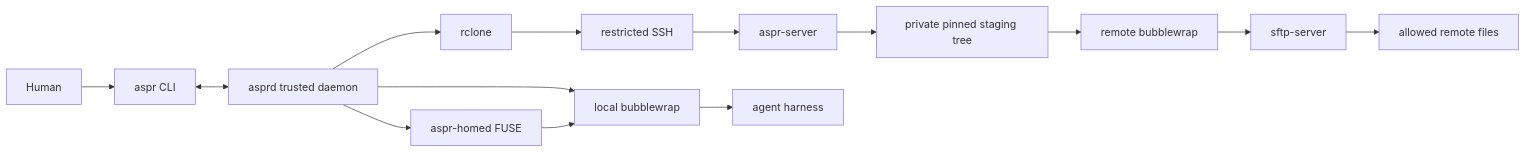
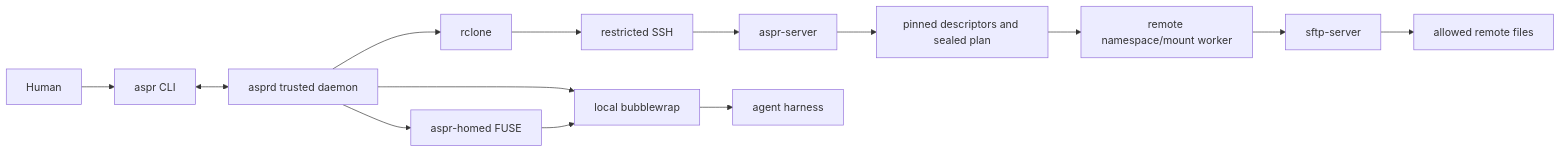
One commit to v7x/astral-project changed the first of 6 diagrams in docs/architecture/caveman/astral-project-architecture-caveman.md. Above: the diagram before and after it, drawn with Mermaid. The commit also changed other lines of this file and 10 other files, not shown here.

Commit message:
docs: reconcile Packet 15 architecture and support evidence

````diff
--- a/docs/architecture/caveman/astral-project-architecture-caveman.md
+++ b/docs/architecture/caveman/astral-project-architecture-caveman.md
@@ -66,33 +75,33 @@
 ```mermaid
 flowchart LR
     H[Human]
     CLI[aspr CLI]
     D[asprd trusted daemon]
     RC[rclone]
     SSH[restricted SSH]
     RS[aspr-server]
-    ST[private pinned staging tree]
-    RB[remote bubblewrap]
+    ST[pinned descriptors and sealed plan]
+    RB[remote namespace/mount worker]
     SF[sftp-server]
     RF[allowed remote files]
 
     PH[aspr-homed FUSE]
     LB[local bubblewrap]
     A[agent harness]
 
     H --> CLI
     CLI <--> D
 
     D --> RC
     RC --> SSH
     SSH --> RS
     RS --> ST
     ST --> RB
     RB --> SF
     SF --> RF
 
     D --> PH
     D --> LB
     PH --> LB
     LB --> A
 ```
````
